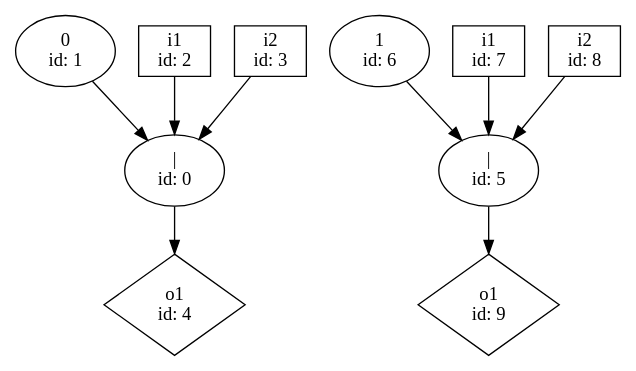
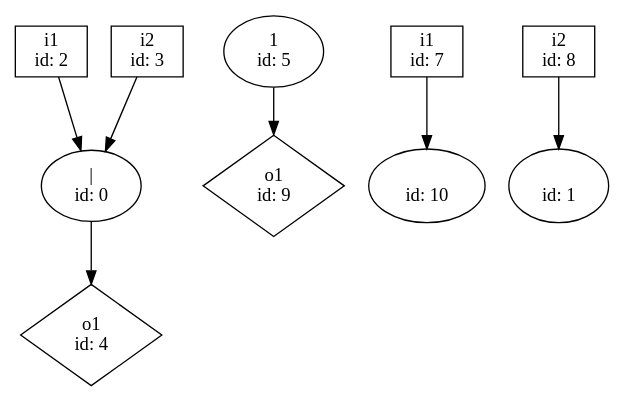
Before and after one commit to p9romain/bool-circuits: the diagram in dot_files/bool_circ/transform/or_done_transform_fct.dot, drawn with Graphviz. The commit also changed 88 other files, not shown here.

```diff
--- a/dot_files/bool_circ/transform/or_done_transform_fct.dot
+++ b/dot_files/bool_circ/transform/or_done_transform_fct.dot
@@ -1,20 +1,18 @@
 digraph G {
 n0 [label="|\n id: 0"];
-n1 [label="0\n id: 1"];
 n2 [label="i1\n id: 2",shape="box"];
 n3 [label="i2\n id: 3",shape="box"];
 n4 [label="o1\n id: 4",shape="diamond"];
-n5 [label="|\n id: 5"];
-n6 [label="1\n id: 6"];
+n5 [label="1\n id: 5"];
 n7 [label="i1\n id: 7",shape="box"];
 n8 [label="i2\n id: 8",shape="box"];
 n9 [label="o1\n id: 9",shape="diamond"];
+n1 [label="\n id: 1"];
+n10 [label="\n id: 10"];
 n0 -> n4
-n1 -> n0
 n2 -> n0
 n3 -> n0
 n5 -> n9
-n6 -> n5
-n7 -> n5
-n8 -> n5
+n7 -> n10
+n8 -> n1
 }
```
